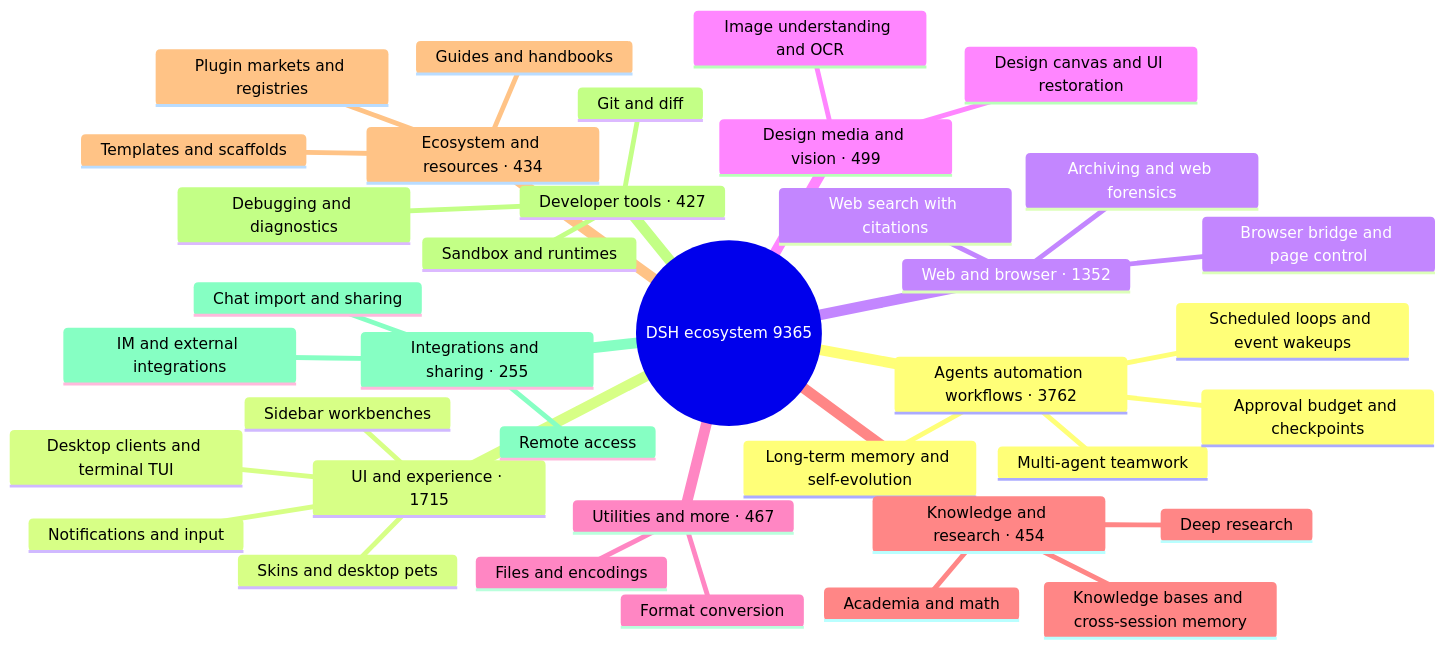
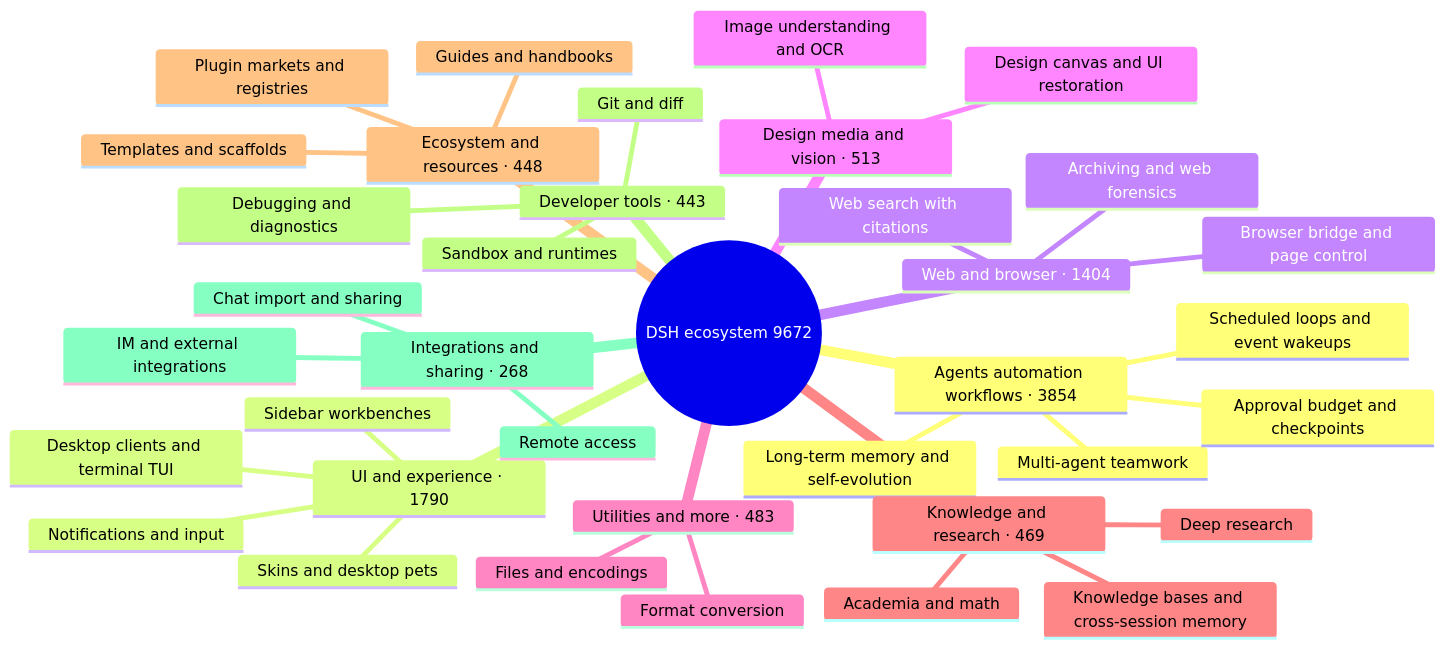
One commit to bruc3van/awesome-dsh-plugin changed the diagram in README_EN.md. Above: the diagram before and after it, drawn with Mermaid. The commit also changed other lines of this file and 18 other files, not shown here.

````diff
--- a/README_EN.md
+++ b/README_EN.md
@@ -32,40 +32,40 @@
 ```mermaid
 mindmap
-  root((DSH ecosystem 9365))
-    Agents automation workflows · 3762
+  root((DSH ecosystem 9672))
+    Agents automation workflows · 3854
       Scheduled loops and event wakeups
       Multi-agent teamwork
       Long-term memory and self-evolution
       Approval budget and checkpoints
-    UI and experience · 1715
+    UI and experience · 1790
       Desktop clients and terminal TUI
       Sidebar workbenches
       Skins and desktop pets
       Notifications and input
-    Web and browser · 1352
+    Web and browser · 1404
       Browser bridge and page control
       Web search with citations
       Archiving and web forensics
-    Design media and vision · 499
+    Design media and vision · 513
       Image understanding and OCR
       Design canvas and UI restoration
-    Utilities and more · 467
+    Utilities and more · 483
       Files and encodings
       Format conversion
-    Knowledge and research · 454
+    Knowledge and research · 469
       Knowledge bases and cross-session memory
       Deep research
       Academia and math
-    Ecosystem and resources · 434
+    Ecosystem and resources · 448
       Plugin markets and registries
       Templates and scaffolds
       Guides and handbooks
-    Developer tools · 427
+    Developer tools · 443
       Git and diff
       Sandbox and runtimes
       Debugging and diagnostics
-    Integrations and sharing · 255
+    Integrations and sharing · 268
       Chat import and sharing
       Remote access
       IM and external integrations
 ```
````
